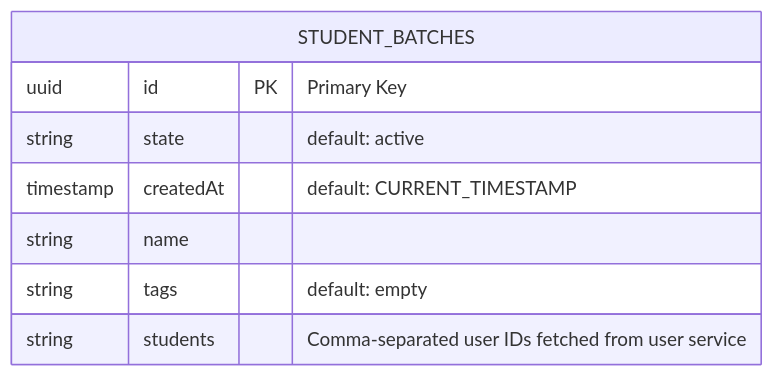
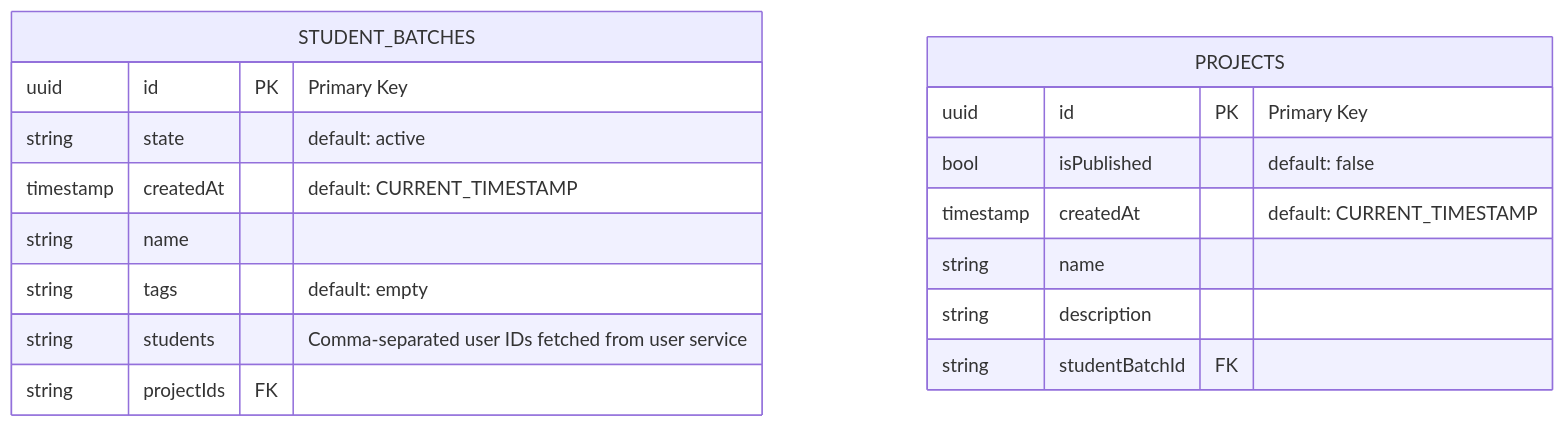
The diagram in README.md (Mil0w0/pamp-project-api), drawn with Mermaid before and after one commit. The commit also changed 10 other files, not shown here.

````diff
--- a/README.md
+++ b/README.md
@@ -14,11 +14,21 @@
 ```mermaid
 erDiagram
 STUDENT_BATCHES {
 uuid id PK "Primary Key"
 string state "default: active"
 timestamp createdAt "default: CURRENT_TIMESTAMP"
 string name
 string tags "default: empty"
 string students "Comma-separated user IDs fetched from user service"
+string projectIds FK
+}
+
+PROJECTS {
+uuid id PK "Primary Key"
+bool isPublished "default: false"
+timestamp createdAt "default: CURRENT_TIMESTAMP"
+string name
+string description
+string studentBatchId FK
 }
 ```
````
